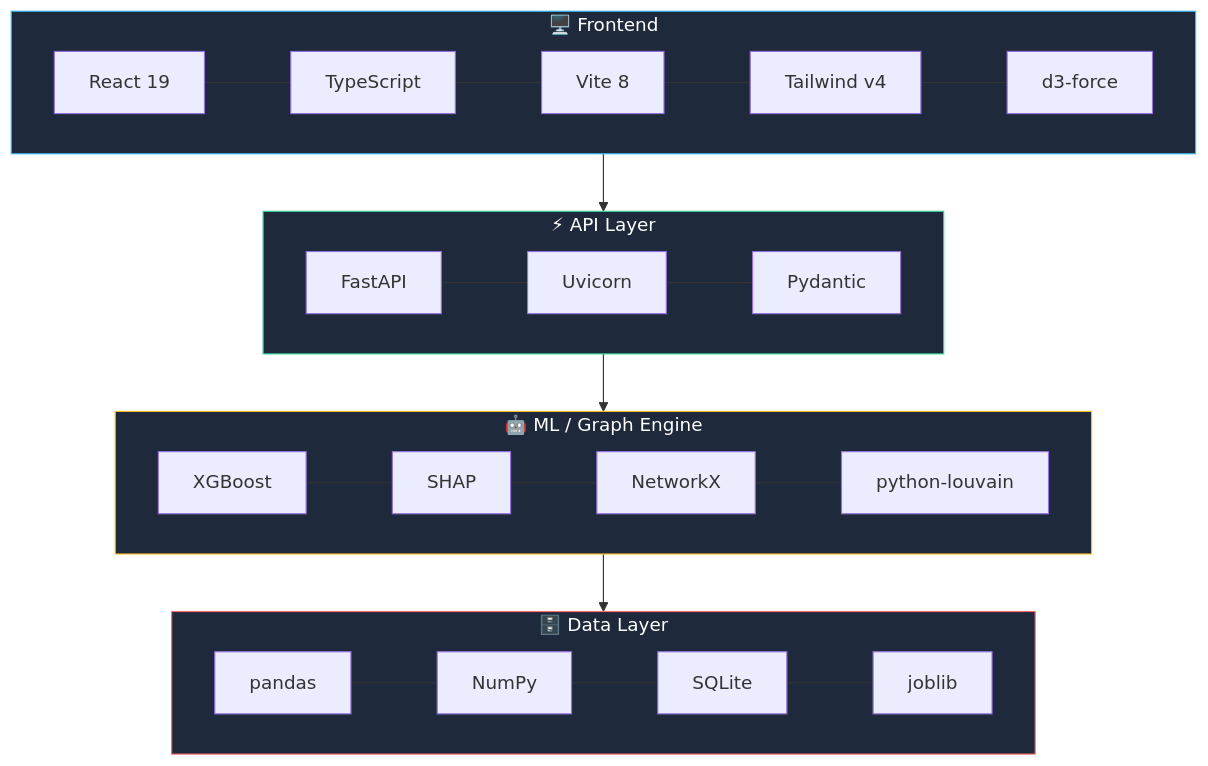
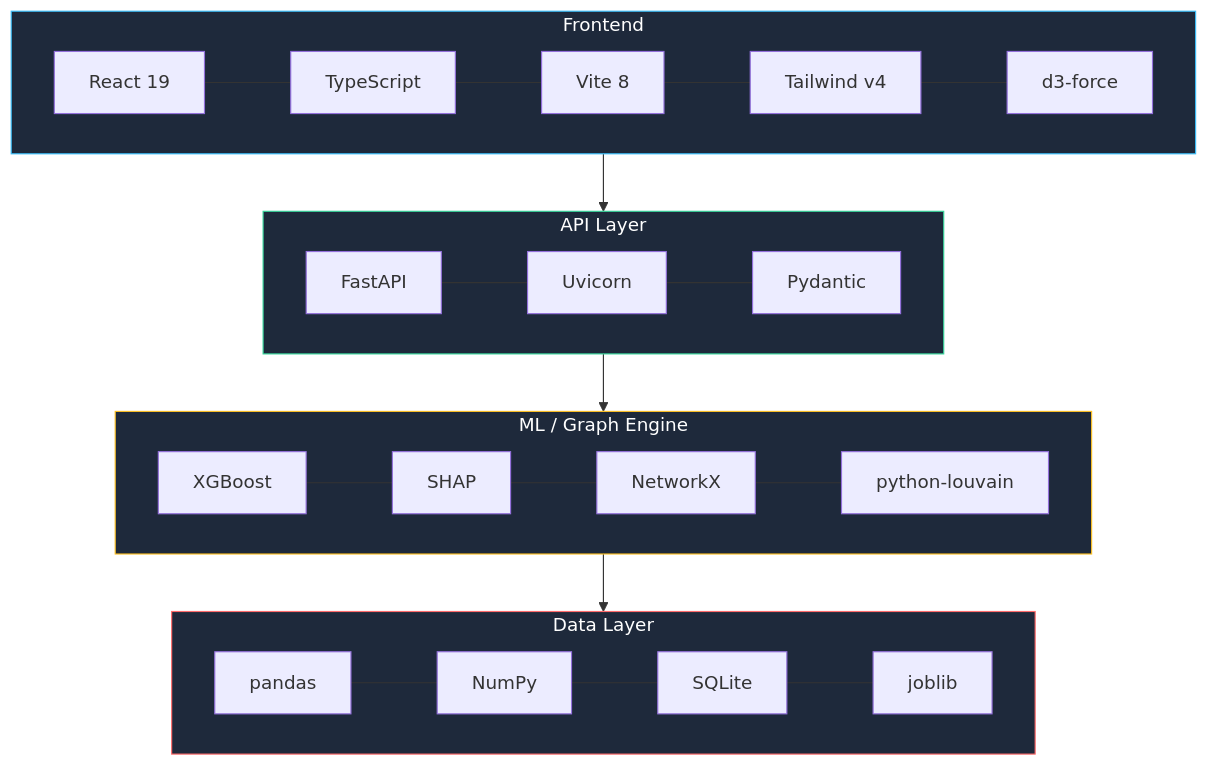
One commit to Nandinisingh07/abuse-ring-sentinel changed the fourth of 4 diagrams in README.md. Above: the diagram before and after it, drawn with Mermaid. The commit also changed other lines of this file, not shown here.

````diff
--- a/README.md
+++ b/README.md
@@ -263,26 +307,26 @@
 ```mermaid
 flowchart TB
-    subgraph FE["🖥️ Frontend"]
+    subgraph FE["Frontend"]
         direction LR
         F1["React 19"] --- F2["TypeScript"] --- F3["Vite 8"] --- F4["Tailwind v4"] --- F5["d3-force"]
     end
-    subgraph API["⚡ API Layer"]
+    subgraph API["API Layer"]
         direction LR
         AP1["FastAPI"] --- AP2["Uvicorn"] --- AP3["Pydantic"]
     end
-    subgraph ML["🤖 ML / Graph Engine"]
+    subgraph ML["ML / Graph Engine"]
         direction LR
         M1["XGBoost"] --- M2["SHAP"] --- M3["NetworkX"] --- M4["python-louvain"]
     end
-    subgraph DATA["🗄️ Data Layer"]
+    subgraph DATA["Data Layer"]
         direction LR
         D1["pandas"] --- D2["NumPy"] --- D3["SQLite"] --- D4["joblib"]
     end
 
     FE --> API --> ML --> DATA
 
     style FE fill:#1e293b,stroke:#38bdf8,color:#fff
     style API fill:#1e293b,stroke:#34d399,color:#fff
     style ML fill:#1e293b,stroke:#fbbf24,color:#fff
     style DATA fill:#1e293b,stroke:#ff6b6b,color:#fff
 ```
````
